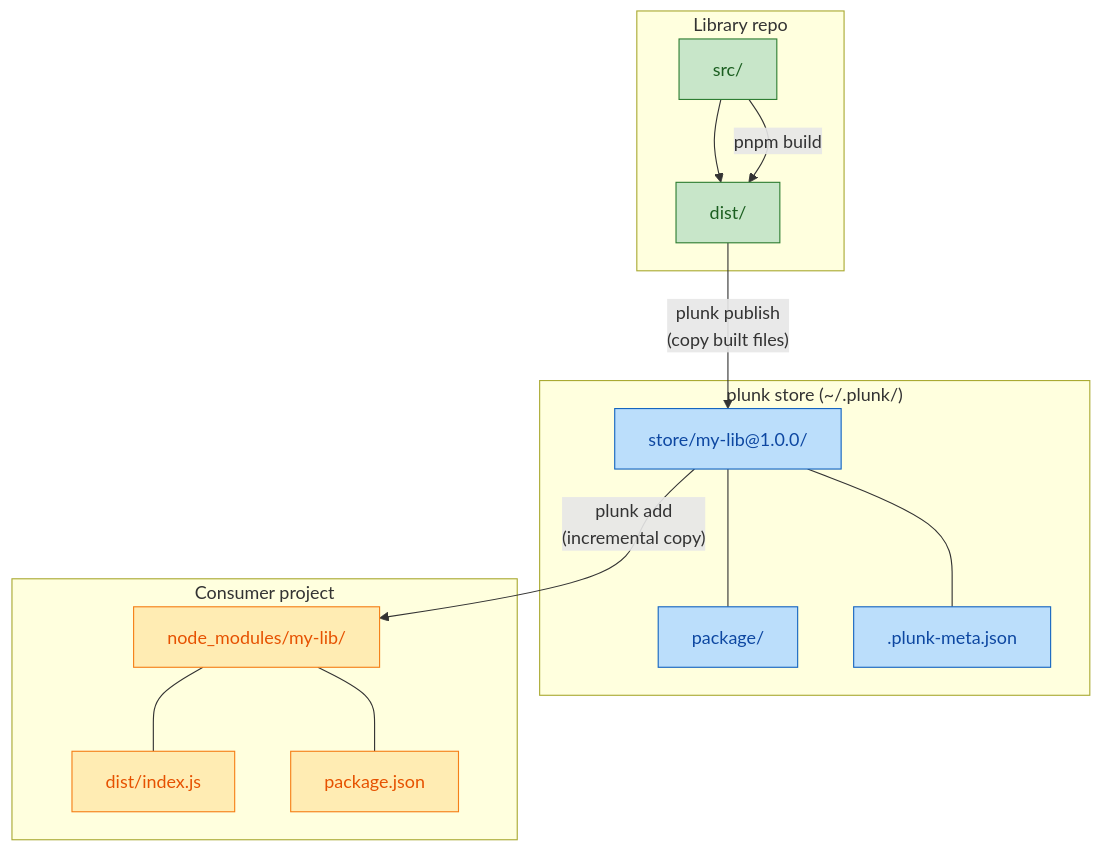
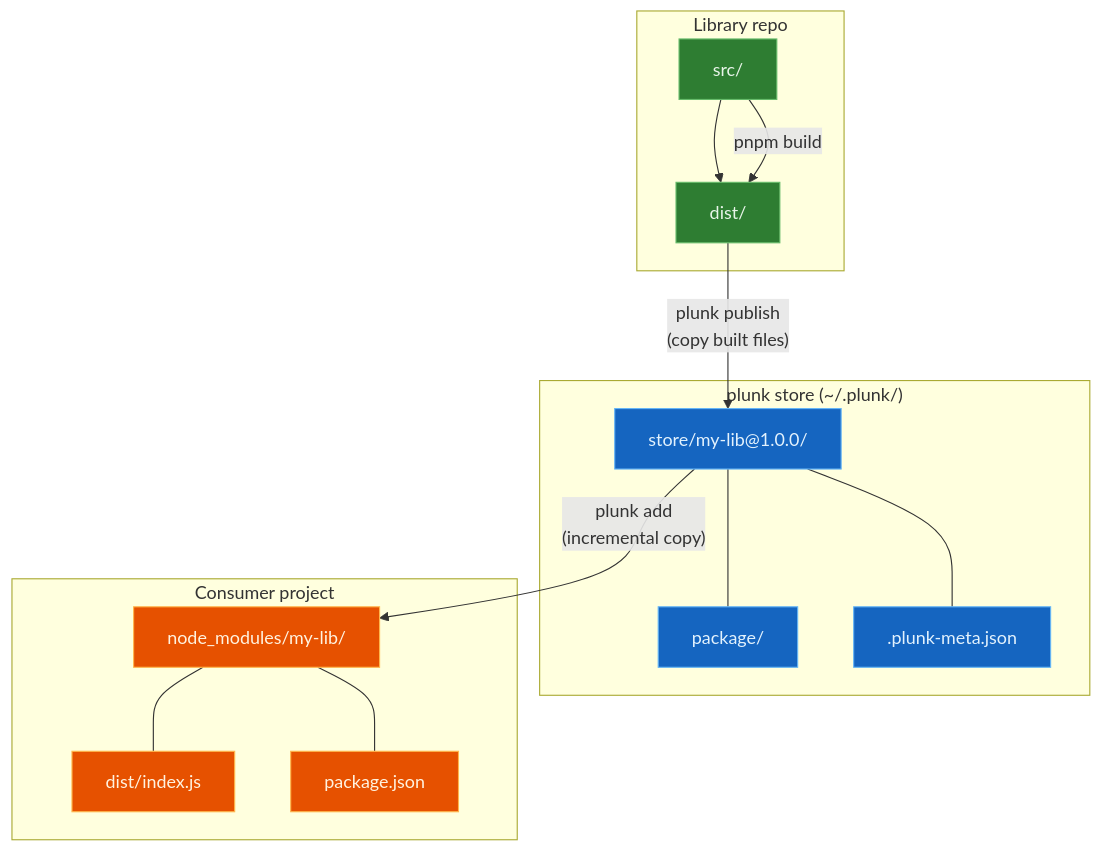
The first of 5 diagrams in docs/how-it-works.md (oleg-kuibar/plunk), drawn with Mermaid before and after one commit. The commit also changed other lines of this file and 5 other files, not shown here.

First line of the commit message:
docs: use dark-fill mermaid colors for dark-themed UI readability

````diff
--- a/docs/how-it-works.md
+++ b/docs/how-it-works.md
@@ -5,31 +5,31 @@
 ```mermaid
 graph TB
     subgraph "Library repo"
         A[src/] --> B[dist/]
         A --> |"pnpm build"| B
     end
 
     subgraph "plunk store (~/.plunk/)"
         C["store/my-lib@1.0.0/"]
         C --- C1[package/]
         C --- C2[.plunk-meta.json]
     end
 
     subgraph "Consumer project"
         D[node_modules/my-lib/]
         D --- D1[dist/index.js]
         D --- D2[package.json]
     end
 
     B -- "plunk publish<br/>(copy built files)" --> C
     C -- "plunk add<br/>(incremental copy)" --> D
 
-    style A fill:#c8e6c9,stroke:#2e7d32,color:#1b5e20
-    style B fill:#c8e6c9,stroke:#2e7d32,color:#1b5e20
-    style C fill:#bbdefb,stroke:#1565c0,color:#0d47a1
-    style C1 fill:#bbdefb,stroke:#1565c0,color:#0d47a1
-    style C2 fill:#bbdefb,stroke:#1565c0,color:#0d47a1
-    style D fill:#ffecb3,stroke:#f57f17,color:#e65100
-    style D1 fill:#ffecb3,stroke:#f57f17,color:#e65100
-    style D2 fill:#ffecb3,stroke:#f57f17,color:#e65100
+    style A fill:#2e7d32,stroke:#66bb6a,color:#e8f5e9
+    style B fill:#2e7d32,stroke:#66bb6a,color:#e8f5e9
+    style C fill:#1565c0,stroke:#64b5f6,color:#e3f2fd
+    style C1 fill:#1565c0,stroke:#64b5f6,color:#e3f2fd
+    style C2 fill:#1565c0,stroke:#64b5f6,color:#e3f2fd
+    style D fill:#e65100,stroke:#ffb74d,color:#fff3e0
+    style D1 fill:#e65100,stroke:#ffb74d,color:#fff3e0
+    style D2 fill:#e65100,stroke:#ffb74d,color:#fff3e0
 ```
````
